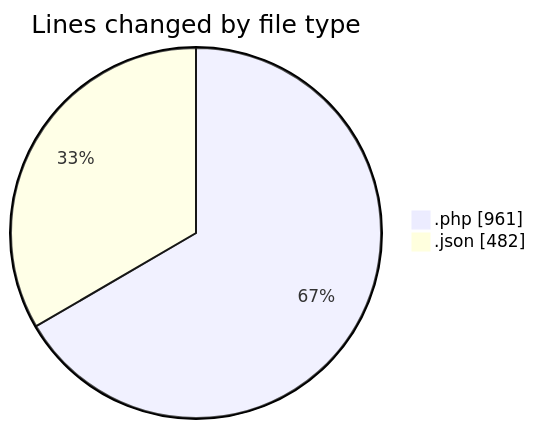
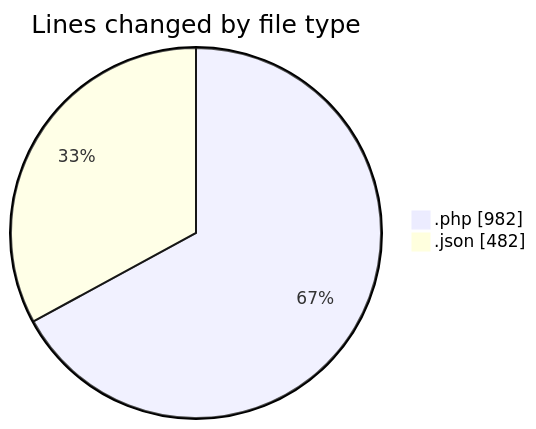
One commit to idhammustaqopulfikri/code-tracking changed the first of 2 diagrams in 2025-03-28/autodidak/README.md. Above: the diagram before and after it, drawn with Mermaid. The commit also changed other lines of this file and 1 other file, not shown here.

````diff
--- a/2025-03-28/autodidak/README.md
+++ b/2025-03-28/autodidak/README.md
@@ -27,6 +28,6 @@
 ```mermaid
 pie showData
 title Lines changed by file type
-".php" : 961
+".php" : 982
 ".json" : 482
 ```
````
